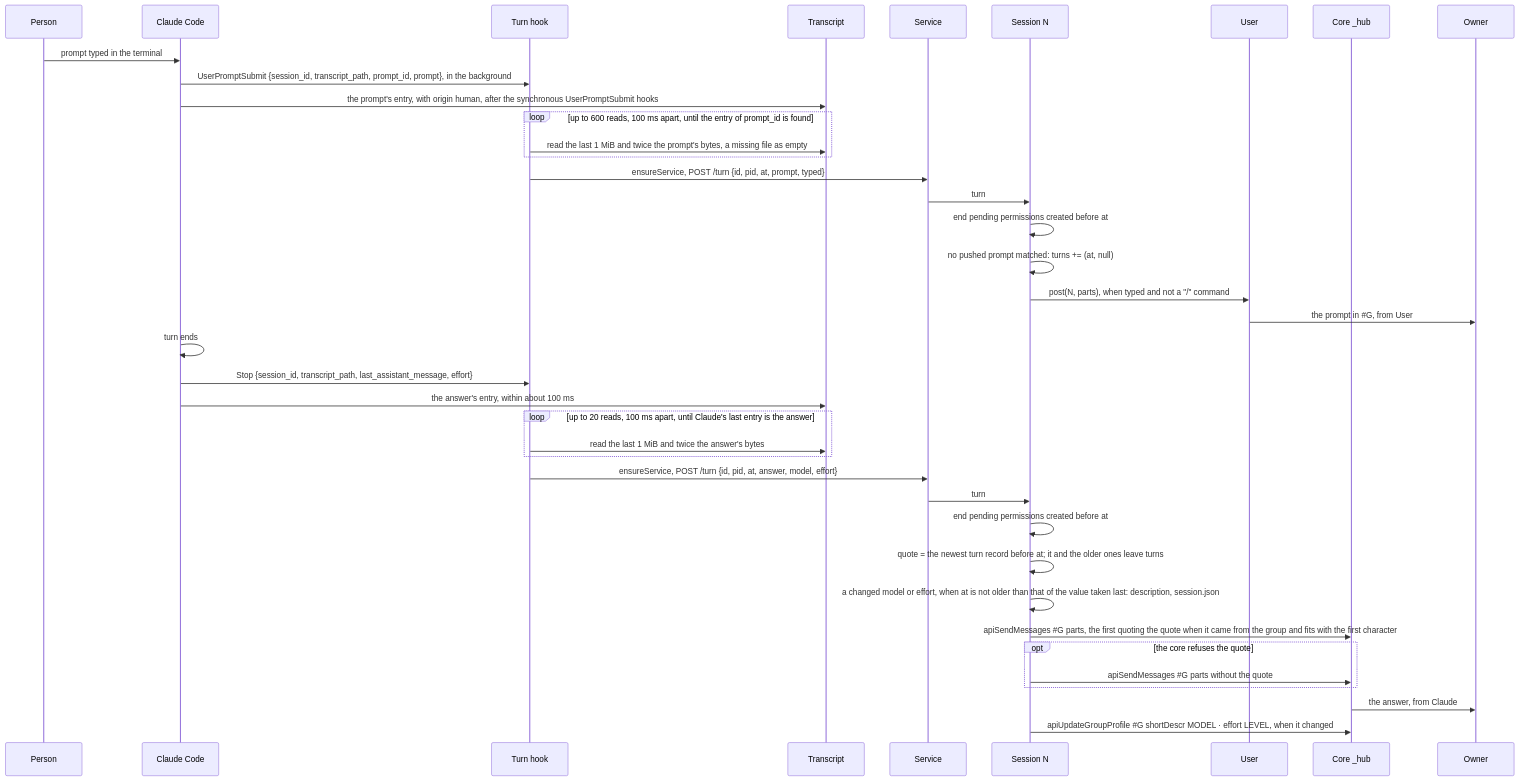
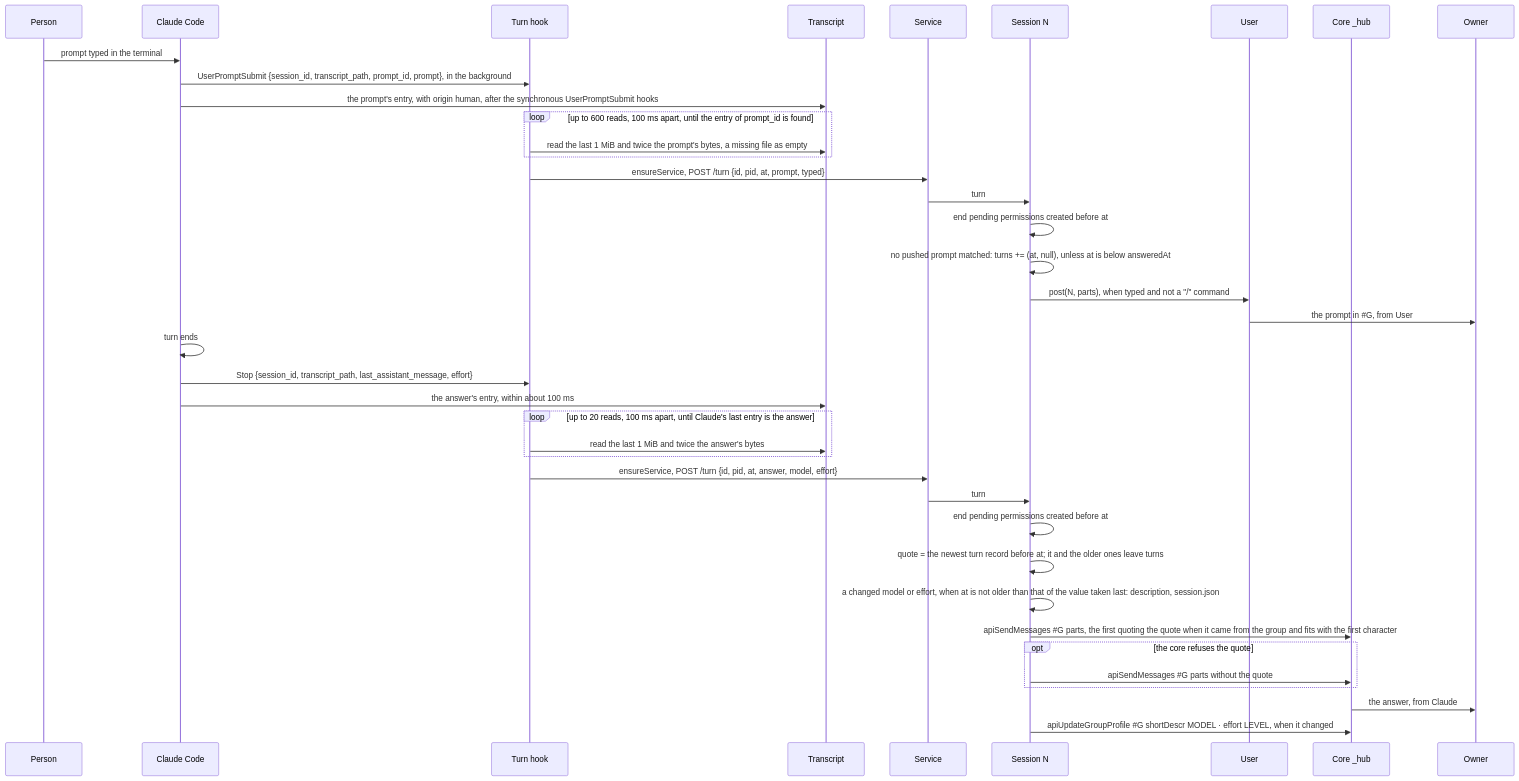
One commit to simplex-chat/simplex-chat changed diagram 21 of 31 in packages/simplex-chat-mcp/spec/flows.md. Above: the diagram before and after it, drawn with Mermaid. The commit also changed other lines of this file and 5 other files, not shown here.

````diff
--- a/packages/simplex-chat-mcp/spec/flows.md
+++ b/packages/simplex-chat-mcp/spec/flows.md
@@ -962,41 +962,41 @@
 ```mermaid
 sequenceDiagram
   participant P as Person
   participant CC as Claude Code
   participant HK as Turn hook
   participant T as Transcript
   participant D as Service
   participant N as Session N
   participant U as User
   participant C as Core _hub
   participant O as Owner
   P->>CC: prompt typed in the terminal
   CC->>HK: UserPromptSubmit {session_id, transcript_path, prompt_id, prompt}, in the background
   CC->>T: the prompt's entry, with origin human, after the synchronous UserPromptSubmit hooks
   loop up to 600 reads, 100 ms apart, until the entry of prompt_id is found
     HK->>T: read the last 1 MiB and twice the prompt's bytes, a missing file as empty
   end
   HK->>D: ensureService, POST /turn {id, pid, at, prompt, typed}
   D->>N: turn
   N->>N: end pending permissions created before at
-  N->>N: no pushed prompt matched: turns += (at, null)
+  N->>N: no pushed prompt matched: turns += (at, null), unless at is below answeredAt
   N->>U: post(N, parts), when typed and not a "/" command
   U->>O: the prompt in #35;G, from User
   CC->>CC: turn ends
   CC->>HK: Stop {session_id, transcript_path, last_assistant_message, effort}
   CC->>T: the answer's entry, within about 100 ms
   loop up to 20 reads, 100 ms apart, until Claude's last entry is the answer
     HK->>T: read the last 1 MiB and twice the answer's bytes
   end
   HK->>D: ensureService, POST /turn {id, pid, at, answer, model, effort}
   D->>N: turn
   N->>N: end pending permissions created before at
   N->>N: quote = the newest turn record before at#59; it and the older ones leave turns
   N->>N: a changed model or effort, when at is not older than that of the value taken last: description, session.json
   N->>C: apiSendMessages #35;G parts, the first quoting the quote when it came from the group and fits with the first character
   opt the core refuses the quote
     N->>C: apiSendMessages #35;G parts without the quote
   end
   C->>O: the answer, from Claude
   N->>C: apiUpdateGroupProfile #35;G shortDescr MODEL · effort LEVEL, when it changed
 ```
````
